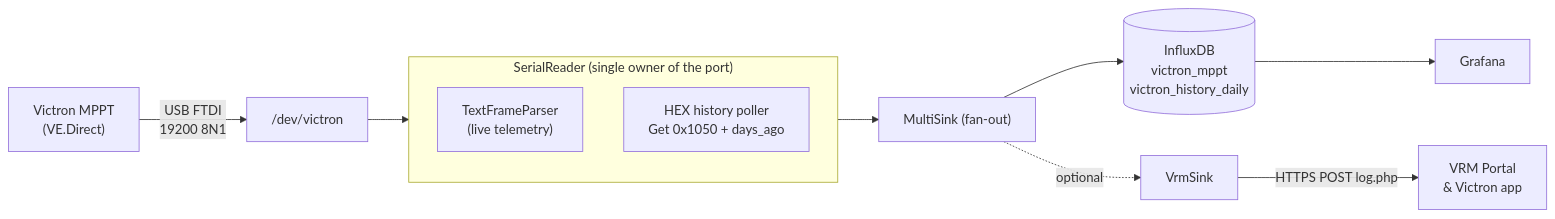
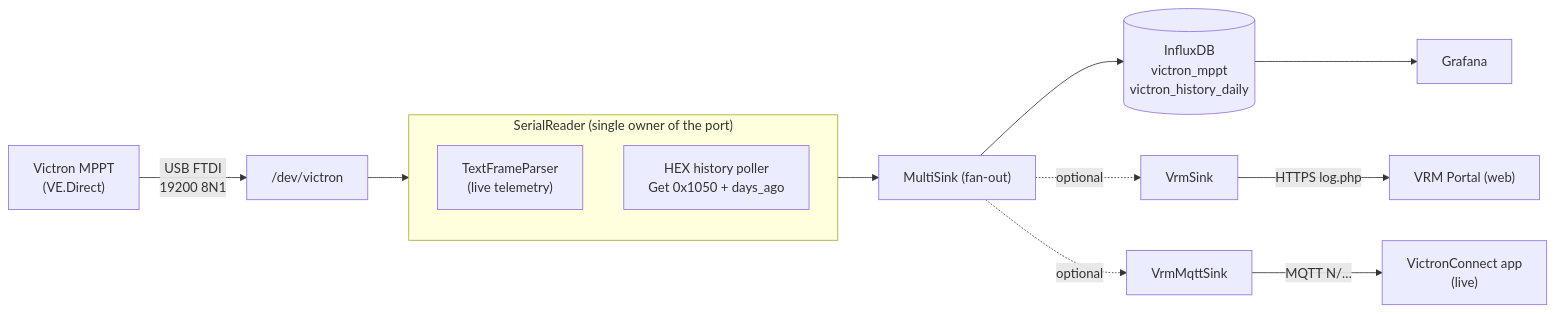
One commit to ckeller42/vedirect-influx changed the first of 3 diagrams in README.md. Above: the diagram before and after it, drawn with Mermaid. The commit also changed other lines of this file and 11 other files, not shown here.

First line of the commit message:
feat(vrm): real-time MQTT sink (live in the VictronConnect app)

````diff
--- a/README.md
+++ b/README.md
@@ -41,17 +41,19 @@
 ```mermaid
 flowchart LR
     MPPT["Victron MPPT\n(VE.Direct)"] -->|USB FTDI\n19200 8N1| DEV["/dev/victron"]
     DEV --> R
 
     subgraph R["SerialReader (single owner of the port)"]
         direction TB
         T["TextFrameParser\n(live telemetry)"]
         H["HEX history poller\nGet 0x1050 + days_ago"]
     end
 
     R --> M["MultiSink (fan-out)"]
     M --> I[("InfluxDB\nvictron_mppt\nvictron_history_daily")]
     I --> G["Grafana"]
     M -. optional .-> V["VrmSink"]
-    V -->|"HTTPS POST log.php"| VRM["VRM Portal\n& Victron app"]
+    V -->|"HTTPS log.php"| VRM["VRM Portal (web)"]
+    M -. optional .-> Q["VrmMqttSink"]
+    Q -->|"MQTT N/…"| APP["VictronConnect app\n(live)"]
 ```
````
